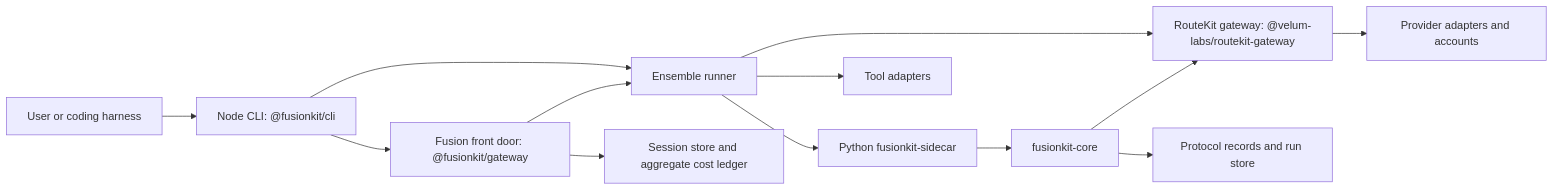
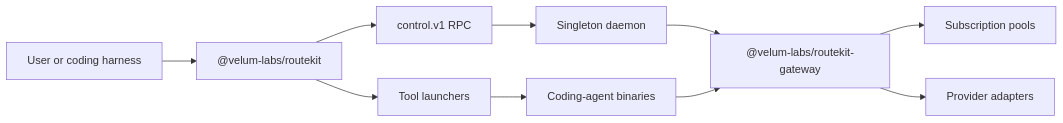
One commit to velum-labs/routekit changed the first of 2 diagrams in docs/repository-reference.md. Above: the diagram before and after it, drawn with Mermaid. The commit also changed other lines of this file and 123 other files, not shown here.

````diff
--- a/docs/repository-reference.md
+++ b/docs/repository-reference.md
@@ -13,15 +11,12 @@
 ```mermaid
 flowchart LR
-  User[User or coding harness] --> CLI[Node CLI: @fusionkit/cli]
-  CLI --> FusionGateway["Fusion front door: @fusionkit/gateway"]
-  CLI --> Ensemble[Ensemble runner]
-  FusionGateway --> Sessions[Session store and aggregate cost ledger]
-  FusionGateway --> Ensemble
-  Ensemble --> RouteKitGateway["RouteKit gateway: @velum-labs/routekit-gateway"]
-  RouteKitGateway --> Providers[Provider adapters and accounts]
-  Ensemble --> PythonServer[Python fusionkit-sidecar]
-  Ensemble --> Tools[Tool adapters]
-  PythonServer --> Core[fusionkit-core]
-  Core --> RouteKitGateway
-  Core --> Records[Protocol records and run store]
+  User[User or coding harness] --> CLI["@velum-labs/routekit"]
+  CLI --> Control[control.v1 RPC]
+  Control --> Daemon[Singleton daemon]
+  Daemon --> Gateway["@velum-labs/routekit-gateway"]
+  Gateway --> Accounts[Subscription pools]
+  Gateway --> Providers[Provider adapters]
+  CLI --> Tools[Tool launchers]
+  Tools --> Harness[Coding-agent binaries]
+  Harness --> Gateway
 ```
````
